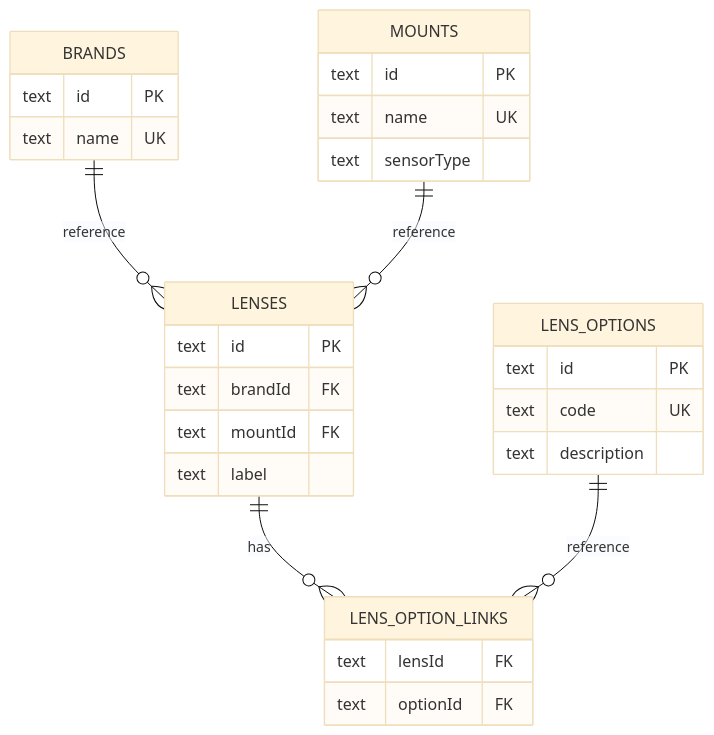
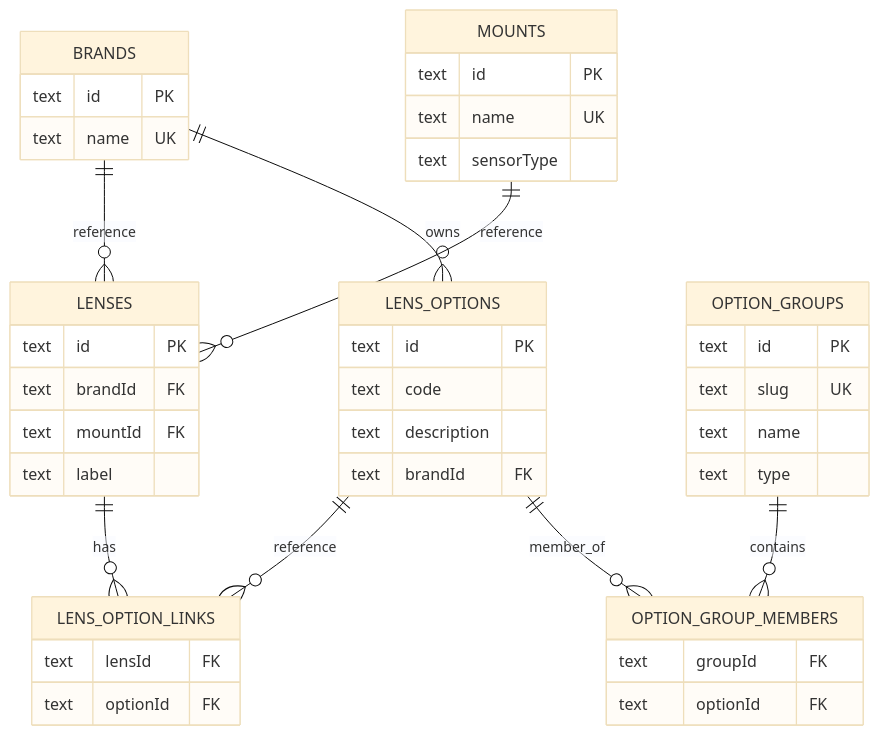
One commit to ThibaultAuge/PhotoPark changed the second of 2 diagrams in README.md. Above: the diagram before and after it, drawn with Mermaid (base theme). The commit also changed other lines of this file and 28 other files, not shown here.

````diff
--- a/README.md
+++ b/README.md
@@ -219,32 +236,46 @@
 ```mermaid
 erDiagram
     BRANDS ||--o{ LENSES : reference
+    BRANDS ||--o{ LENS_OPTIONS : owns
     MOUNTS ||--o{ LENSES : reference
     LENSES ||--o{ LENS_OPTION_LINKS : has
     LENS_OPTIONS ||--o{ LENS_OPTION_LINKS : reference
+    OPTION_GROUPS ||--o{ OPTION_GROUP_MEMBERS : contains
+    LENS_OPTIONS ||--o{ OPTION_GROUP_MEMBERS : member_of
 
     BRANDS {
         text id PK
         text name UK
     }
     MOUNTS {
         text id PK
         text name UK
         text sensorType
     }
     LENS_OPTIONS {
         text id PK
-        text code UK
+        text code
         text description
+        text brandId FK
     }
     LENSES {
         text id PK
         text brandId FK
         text mountId FK
         text label
     }
     LENS_OPTION_LINKS {
         text lensId FK
         text optionId FK
     }
+    OPTION_GROUPS {
+        text id PK
+        text slug UK
+        text name
+        text type
+    }
+    OPTION_GROUP_MEMBERS {
+        text groupId FK
+        text optionId FK
+    }
 ```
````
